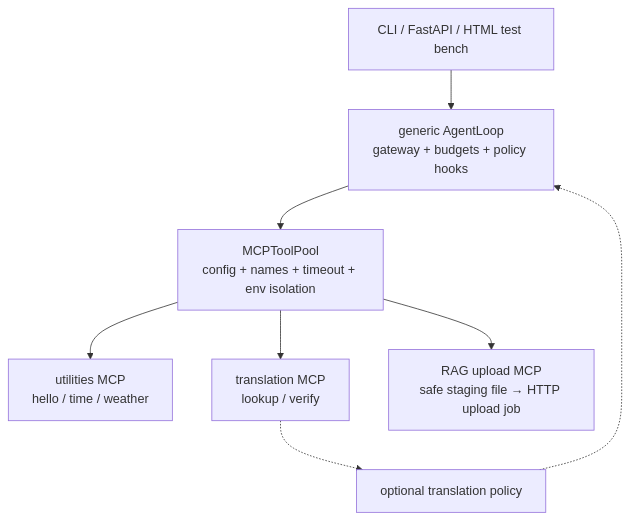
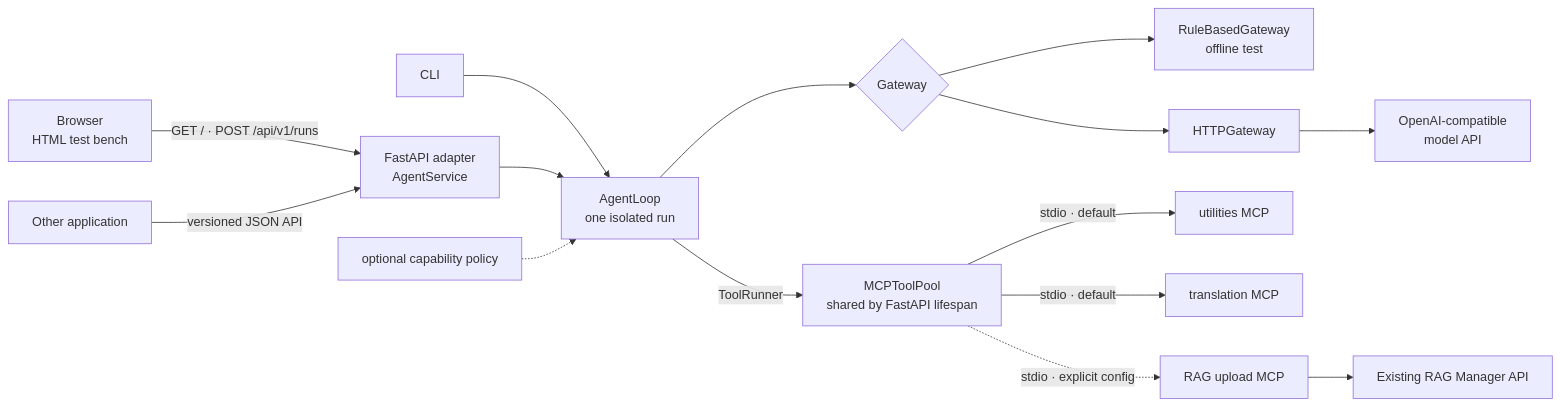
One commit to xian-ai-1057/mcp_agent changed the first of 12 diagrams in docs/architecture.md. Above: the diagram before and after it, drawn with Mermaid. The commit also changed other lines of this file and 15 other files, not shown here.

Commit message:
fix glossary conflicts and refresh architecture docs

````diff
--- a/docs/architecture.md
+++ b/docs/architecture.md
@@ -7,10 +10,19 @@
 ```mermaid
-flowchart TD
-    UI["CLI / FastAPI / HTML test bench"] --> CORE["generic AgentLoop<br/>gateway + budgets + policy hooks"]
-    CORE --> POOL["MCPToolPool<br/>config + names + timeout + env isolation"]
-    POOL --> UTIL["utilities MCP<br/>hello / time / weather"]
-    POOL --> TRANS["translation MCP<br/>lookup / verify"]
-    POOL --> RAG["RAG upload MCP<br/>safe staging file → HTTP upload job"]
-    TP["optional translation policy"] -.-> CORE
-    TRANS -.-> TP
+flowchart LR
+    BROWSER["Browser<br/>HTML test bench"] -->|"GET / · POST /api/v1/runs"| WEB["FastAPI adapter<br/>AgentService"]
+    APP["Other application"] -->|"versioned JSON API"| WEB
+    CLI["CLI"] --> CORE["AgentLoop<br/>one isolated run"]
+    WEB --> CORE
+
+    CORE --> GW{"Gateway"}
+    GW --> FAKE["RuleBasedGateway<br/>offline test"]
+    GW --> HTTPGW["HTTPGateway"]
+    HTTPGW --> MODEL["OpenAI-compatible<br/>model API"]
+
+    CORE -->|"ToolRunner"| POOL["MCPToolPool<br/>shared by FastAPI lifespan"]
+    POOL -->|"stdio · default"| UTIL["utilities MCP"]
+    POOL -->|"stdio · default"| TRANS["translation MCP"]
+    POOL -.->|"stdio · explicit config"| RAG["RAG upload MCP"]
+    RAG --> RAGAPI["Existing RAG Manager API"]
+    POLICY["optional capability policy"] -.-> CORE
 ```
````
